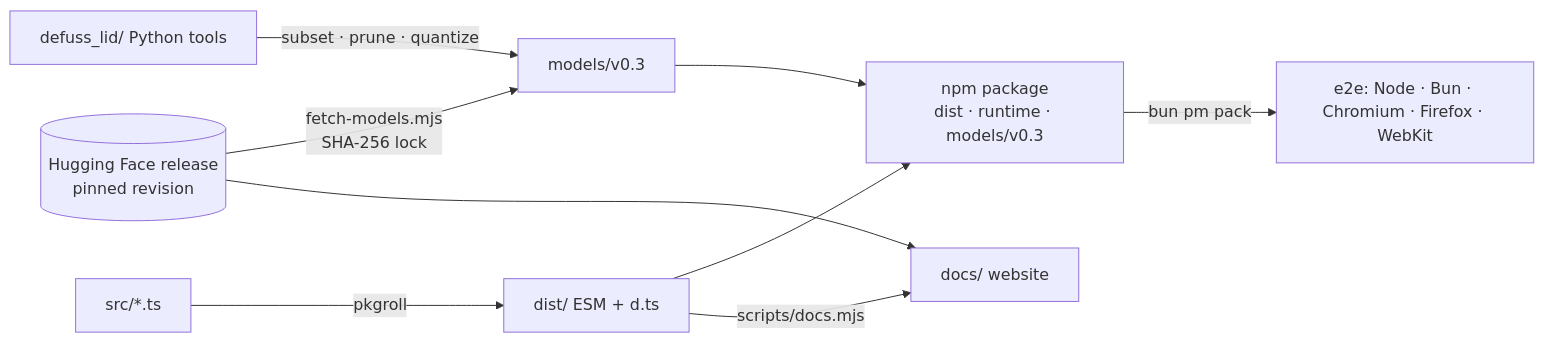
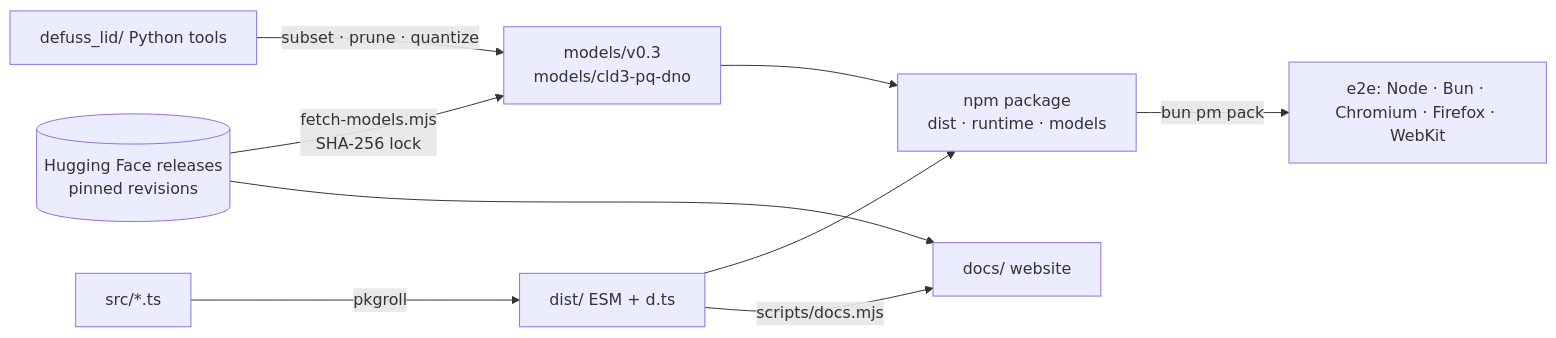
One commit to kyr0/defuss-lid changed the diagram in ARCH.md. Above: the diagram before and after it, drawn with Mermaid. The commit also changed other lines of this file and 54 other files, not shown here.

First line of the commit message:
CLD3 DNO-PQ packs, 2-byte bucket gaps, per-runtime letter-boost weights

````diff
--- a/ARCH.md
+++ b/ARCH.md
@@ -19,11 +19,11 @@
 ```mermaid
 flowchart LR
-  HF[(Hugging Face release<br/>pinned revision)] -->|fetch-models.mjs<br/>SHA-256 lock| M[models/v0.3]
+  HF[(Hugging Face releases<br/>pinned revisions)] -->|fetch-models.mjs<br/>SHA-256 lock| M[models/v0.3<br/>models/cld3-pq-dno]
   PY[defuss_lid/ Python tools] -->|subset · prune · quantize| M
   TS[src/*.ts] -->|pkgroll| D[dist/ ESM + d.ts]
-  D --> P[npm package<br/>dist · runtime · models/v0.3]
+  D --> P[npm package<br/>dist · runtime · models]
   M --> P
   P -->|bun pm pack| E2E[e2e: Node · Bun · Chromium · Firefox · WebKit]
   D -->|scripts/docs.mjs| S[docs/ website]
   HF --> S
 ```
````
